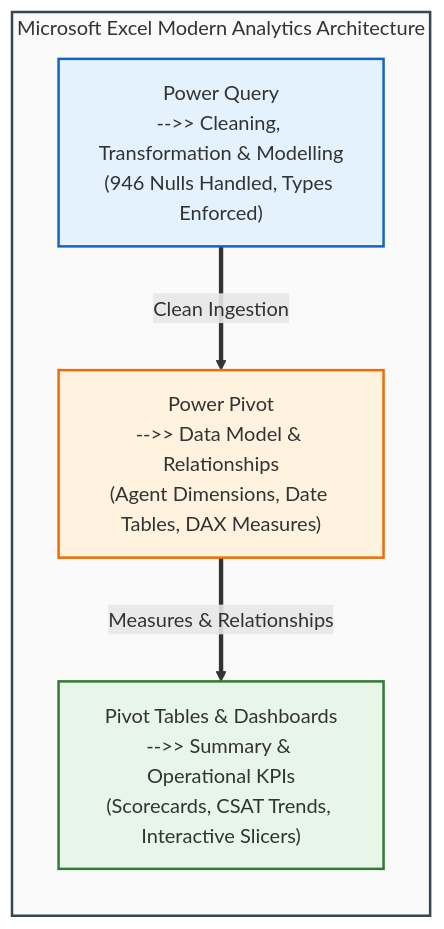
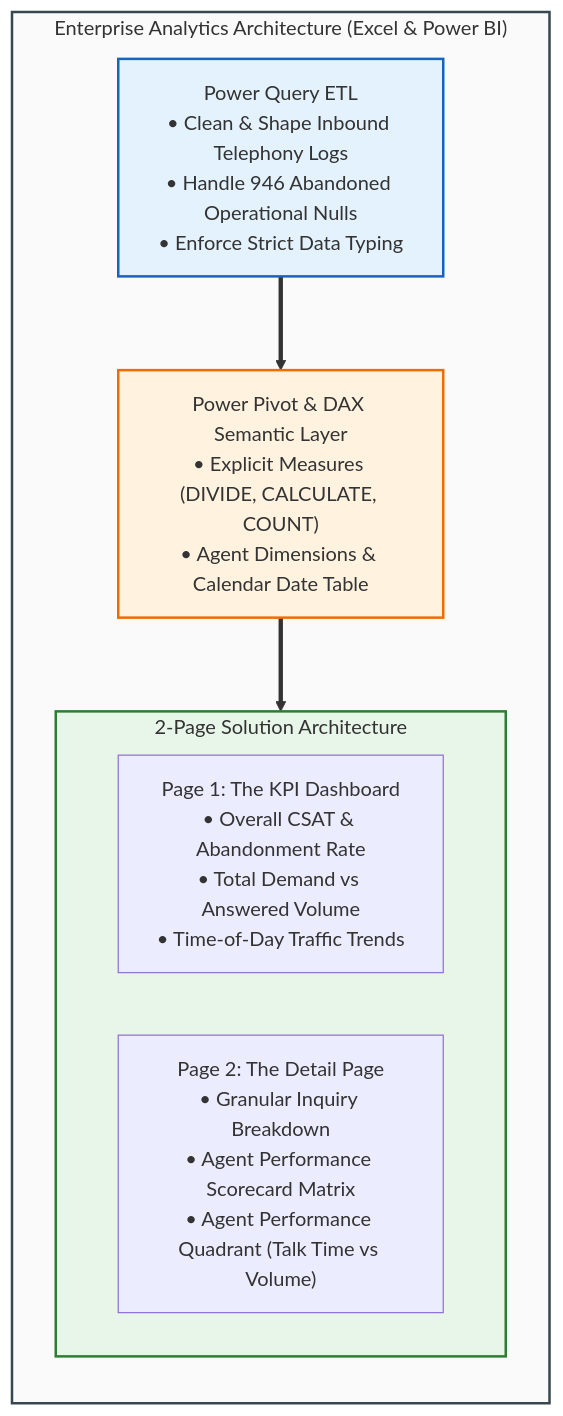
One commit to Sohila-Khaled-Abbas/COURSE-EXCEL-ZERO-TO-HERO changed the second of 2 diagrams in 06_Projects/Call Center Performance Analysis/Project Overview.md. Above: the diagram before and after it, drawn with Mermaid. The commit also changed other lines of this file and 9 other files, not shown here.

Commit message:
feat(auto-sync): update 11_Demos_and_Workbooks\07_Data_Cleaning\3FE77500 [2026-10-01 02:05:13]

````diff
--- a/06_Projects/Call Center Performance Analysis/Project Overview.md
+++ b/06_Projects/Call Center Performance Analysis/Project Overview.md
@@ -22,17 +61,22 @@
 ```mermaid
 flowchart TD
-    subgraph WB ["Microsoft Excel Modern Analytics Architecture"]
+    subgraph WB ["Enterprise Analytics Architecture (Excel & Power BI)"]
         direction TB
-        PQ["Power Query\n-->> Cleaning, Transformation & Modelling\n(946 Nulls Handled, Types Enforced)"]
-        PP["Power Pivot\n-->> Data Model & Relationships\n(Agent Dimensions, Date Tables, DAX Measures)"]
-        PT["Pivot Tables & Dashboards\n-->> Summary & Operational KPIs\n(Scorecards, CSAT Trends, Interactive Slicers)"]
+        PQ["Power Query ETL\n• Clean & Shape Inbound Telephony Logs\n• Handle 946 Abandoned Operational Nulls\n• Enforce Strict Data Typing"]
+        PP["Power Pivot & DAX Semantic Layer\n• Explicit Measures (DIVIDE, CALCULATE, COUNT)\n• Agent Dimensions & Calendar Date Table"]
         
-        PQ ==>|"Clean Ingestion"| PP
-        PP ==>|"Measures & Relationships"| PT
+        subgraph PAGES ["2-Page Solution Architecture"]
+            direction LR
+            P1["Page 1: The KPI Dashboard\n• Overall CSAT & Abandonment Rate\n• Total Demand vs Answered Volume\n• Time-of-Day Traffic Trends"]
+            P2["Page 2: The Detail Page\n• Granular Inquiry Breakdown\n• Agent Performance Scorecard Matrix\n• Agent Performance Quadrant (Talk Time vs Volume)"]
+        end
+        
+        PQ ==> PP
+        PP ==> PAGES
     end
 
     style WB fill:#fafafa,stroke:#37474f,stroke-width:2px
     style PQ fill:#e3f2fd,stroke:#1565c0,stroke-width:2px
     style PP fill:#fff3e0,stroke:#ef6c00,stroke-width:2px
-    style PT fill:#e8f5e9,stroke:#2e7d32,stroke-width:2px
+    style PAGES fill:#e8f5e9,stroke:#2e7d32,stroke-width:2px
 ```
````
